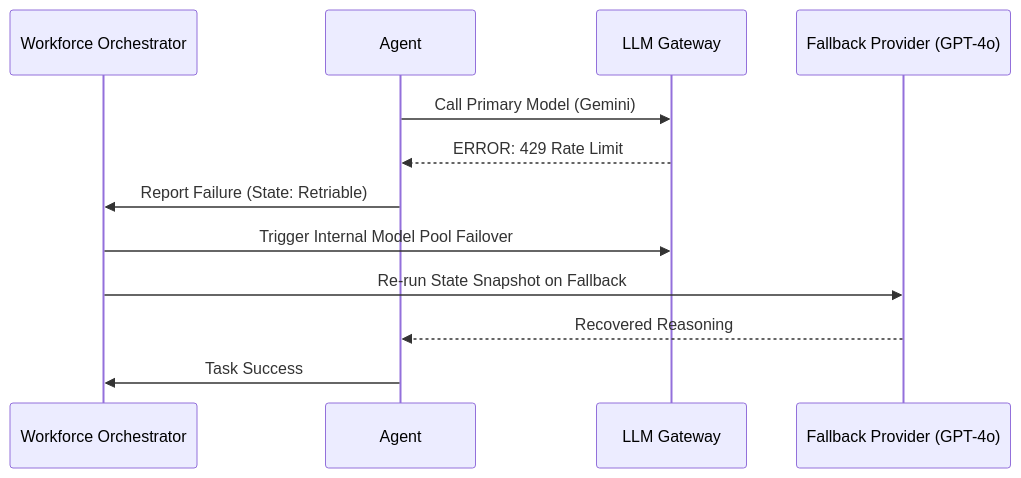
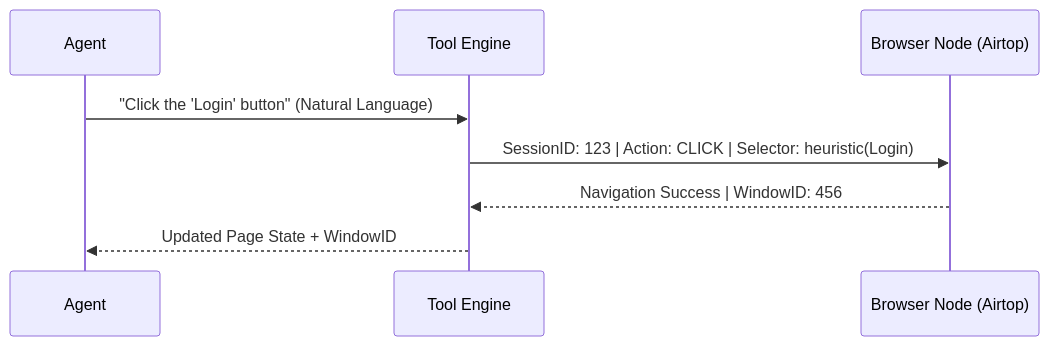
The second of 2 diagrams in RELEVANCE_AI_TECHNICAL_AUDIT.md (alfadilmed/Workforce-ai-CDC), drawn with Mermaid before and after one commit. The commit also changed other lines of this file and 1 other file, not shown here.

````diff
--- a/RELEVANCE_AI_TECHNICAL_AUDIT.md
+++ b/RELEVANCE_AI_TECHNICAL_AUDIT.md
@@ -112,15 +97,11 @@
 ```mermaid
 sequenceDiagram
-    participant W as Workforce Orchestrator
     participant A as Agent
-    participant L as LLM Gateway
-    participant FB as Fallback Provider (GPT-4o)
+    participant T as Tool Engine
+    participant B as Browser Node (Airtop)
 
-    A->>L: Call Primary Model (Gemini)
-    L-->>A: ERROR: 429 Rate Limit
-    A->>W: Report Failure (State: Retriable)
-    W->>L: Trigger Internal Model Pool Failover
-    W->>FB: Re-run State Snapshot on Fallback
-    FB-->>A: Recovered Reasoning
-    A->>W: Task Success
+    A->>T: "Click the 'Login' button" (Natural Language)
+    T->>B: SessionID: 123 | Action: CLICK | Selector: heuristic(Login)
+    B-->>T: Navigation Success | WindowID: 456
+    T-->>A: Updated Page State + WindowID
 ```
````
